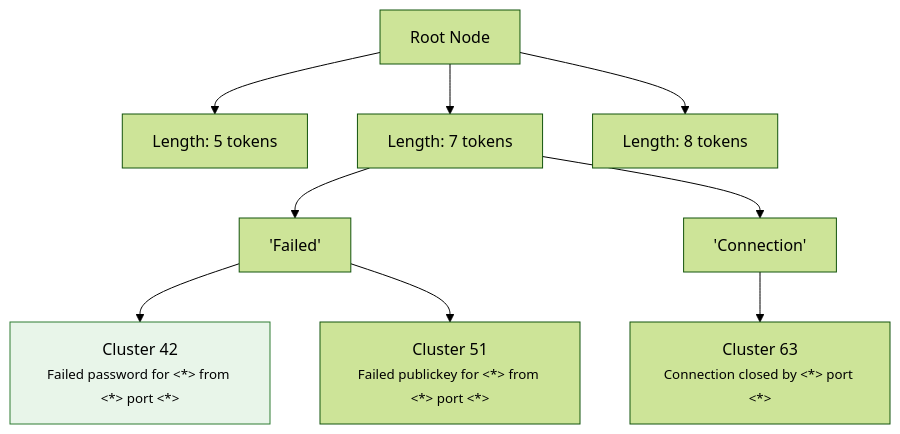
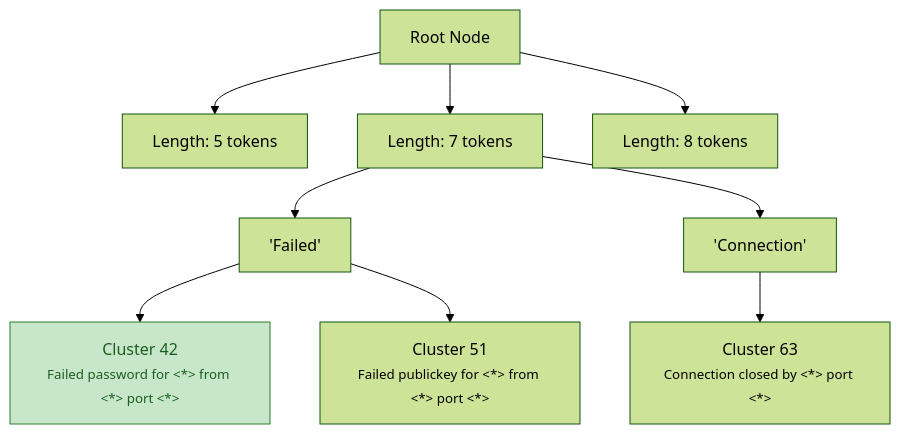
The diagram in docs/architecture/parsing.md (seerflow/seerflow-guide), drawn with Mermaid (forest theme) before and after one commit.

Commit message:
fix: improve contrast on Drain3 parse tree highlighted cluster node

````diff
--- a/docs/architecture/parsing.md
+++ b/docs/architecture/parsing.md
@@ -35,13 +35,13 @@
 ```mermaid
 graph TD
     Root["Root Node"] --> L5["Length: 5 tokens"]
     Root --> L7["Length: 7 tokens"]
     Root --> L8["Length: 8 tokens"]
     L7 --> Failed["'Failed'"]
     L7 --> Connection["'Connection'"]
     Failed --> C42["Cluster 42<br/><small>Failed password for &lt;*&gt; from &lt;*&gt; port &lt;*&gt;</small>"]
     Failed --> C51["Cluster 51<br/><small>Failed publickey for &lt;*&gt; from &lt;*&gt; port &lt;*&gt;</small>"]
     Connection --> C63["Cluster 63<br/><small>Connection closed by &lt;*&gt; port &lt;*&gt;</small>"]
 
-    style C42 fill:#e8f5e9,stroke:#2e7d32
+    style C42 fill:#c8e6c9,stroke:#2e7d32,color:#1b5e20
 ```
````
